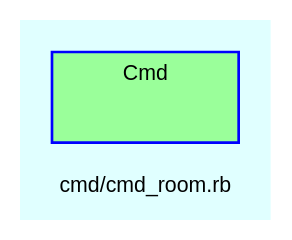
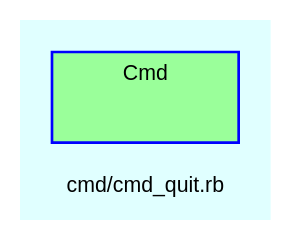
Before and after one commit to Tyche/teensymud: the diagram in doc/dot/f_24.dot, drawn with Graphviz. The commit also changed 127 other files, not shown here.

```diff
--- a/doc/dot/f_24.dot
+++ b/doc/dot/f_24.dot
@@ -1,29 +1,29 @@
 digraph TopLevel {
     compound = true
     bgcolor = lightcyan1
     fontname = Arial
     fontsize = 8
-    label = "cmd/cmd_room.rb"
+    label = "cmd/cmd_quit.rb"
     node [
         fontname = Arial,
         fontsize = 8,
         color = black
     ]
 
     subgraph cluster_Cmd {
         fillcolor = palegreen1
         URL = "classes/Cmd.html"
         fontname = Arial
         color = blue
         label = "Cmd"
         style = filled
         Cmd [
             shape = plaintext,
             height = 0.01,
             width = 0.75,
             label = ""
         ]
 
     }
 
 }
```
